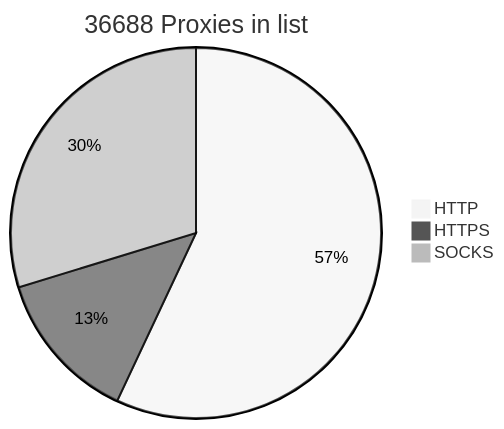
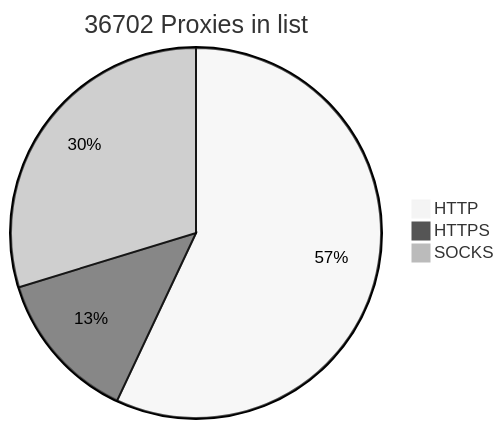
Before and after one commit to BlackSnowDot/proxylist-update-every-minute: the diagram in README.md, drawn with Mermaid (neutral theme).

````diff
--- a/README.md
+++ b/README.md
@@ -2,6 +2,6 @@
 ```mermaid
-pie title 36688 Proxies in list
-    "HTTP" : 23232
+pie title 36702 Proxies in list
+    "HTTP" : 23246
     "HTTPS": 5411
     "SOCKS" : 12124
 ```
````
